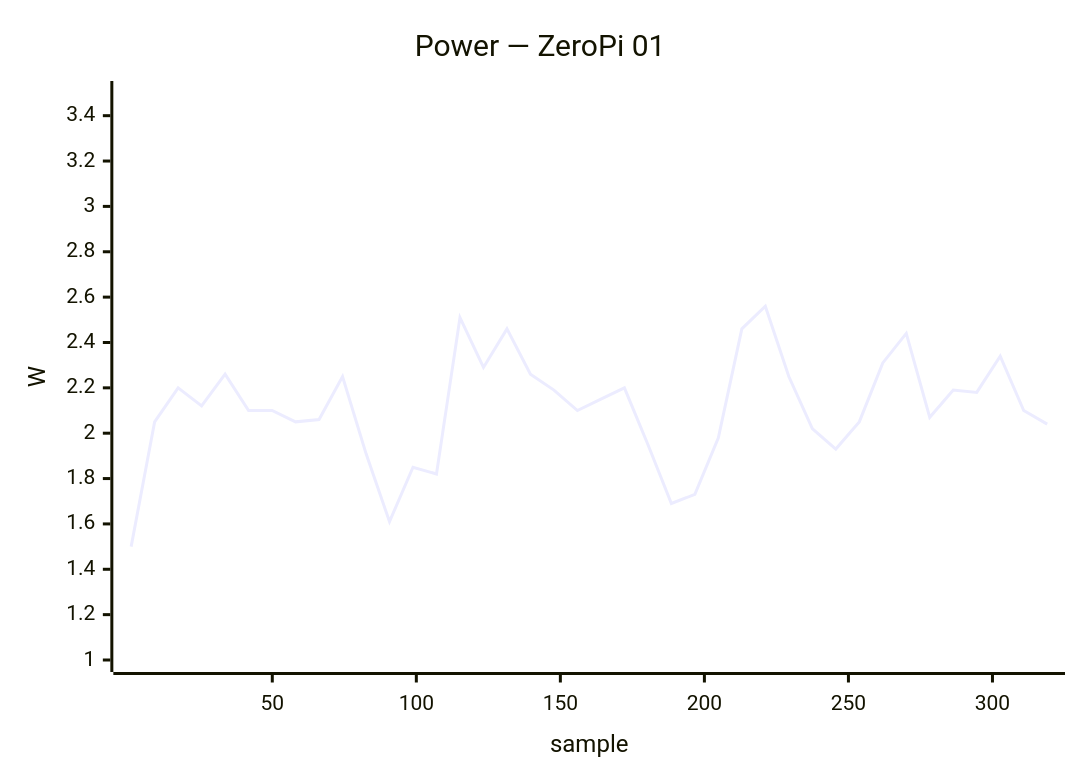
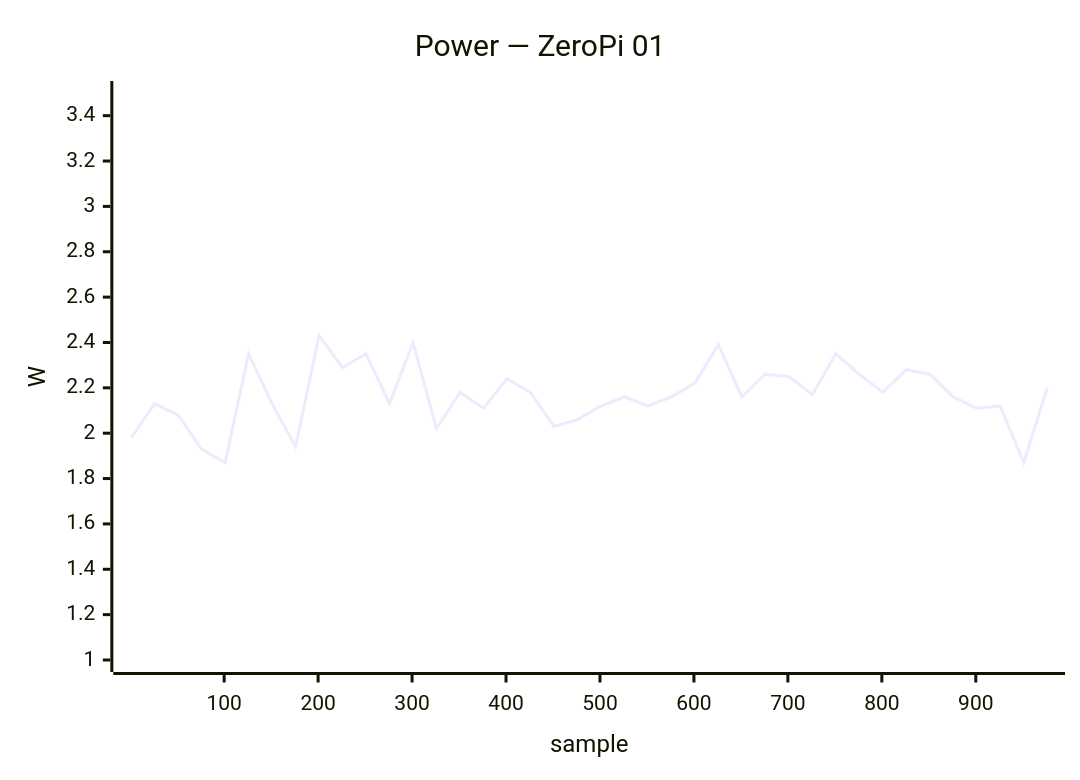
Before and after one commit to armbian/documentation: diagram 24 of 24 in docs/status/board-tests.md, drawn with Mermaid. The commit also changed other lines of this file, not shown here.

````diff
--- a/docs/status/board-tests.md
+++ b/docs/status/board-tests.md
@@ -1273,7 +1296,7 @@
     ```mermaid
     xychart-beta
         title "Power — ZeroPi 01"
-        x-axis "sample" 1 --> 319
+        x-axis "sample" 1 --> 976
         y-axis "W" 1.0 --> 3.5
-        line [1.50, 2.05, 2.20, 2.12, 2.26, 2.10, 2.10, 2.05, 2.06, 2.25, 1.91, 1.61, 1.85, 1.82, 2.51, 2.29, 2.46, 2.26, 2.19, 2.10, 2.15, 2.20, 1.95, 1.69, 1.73, 1.98, 2.46, 2.56, 2.25, 2.02, 1.93, 2.05, 2.31, 2.44, 2.07, 2.19, 2.18, 2.34, 2.10, 2.04]
+        line [1.98, 2.13, 2.08, 1.93, 1.87, 2.35, 2.13, 1.94, 2.43, 2.29, 2.35, 2.13, 2.40, 2.02, 2.18, 2.11, 2.24, 2.18, 2.03, 2.06, 2.12, 2.16, 2.12, 2.16, 2.22, 2.39, 2.16, 2.26, 2.25, 2.17, 2.35, 2.26, 2.18, 2.28, 2.26, 2.16, 2.11, 2.12, 1.87, 2.20]
     ```
````
